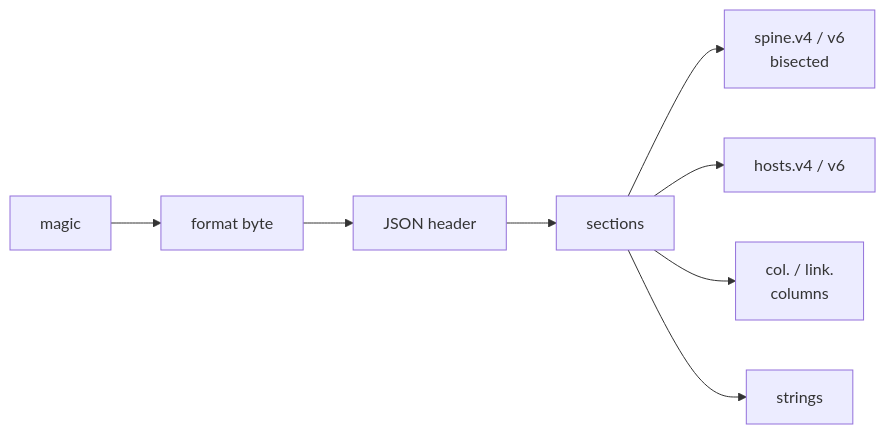
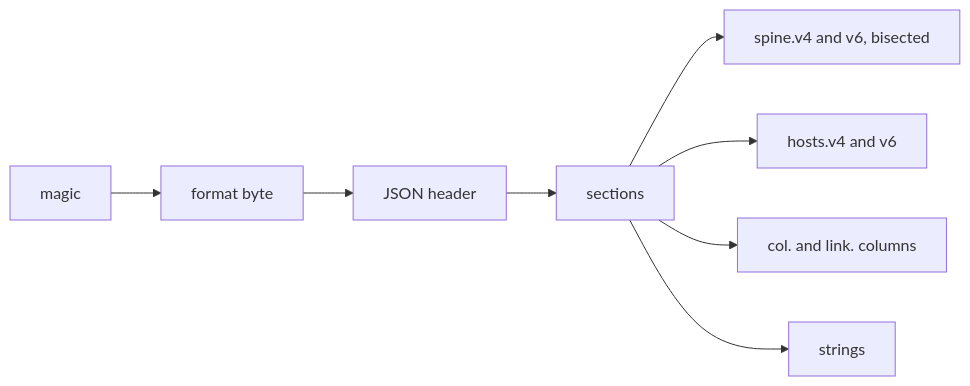
One commit to tn3w/plevin changed the fifth of 6 diagrams in builder/README.md. Above: the diagram before and after it, drawn with Mermaid. The commit also changed other lines of this file and 1 other file, not shown here.

Commit message:
Improve README mermaid diagram formatting for clarity

````diff
--- a/builder/README.md
+++ b/builder/README.md
@@ -195,8 +195,8 @@
 ```mermaid
 flowchart LR
     M[magic] --> V[format byte] --> H[JSON header] --> S[sections]
-    S --> A["spine.v4 / v6<br>bisected"]
-    S --> O["hosts.v4 / v6"]
-    S --> C["col. / link.<br>columns"]
+    S --> A["spine.v4 and v6, bisected"]
+    S --> O["hosts.v4 and v6"]
+    S --> C["col. and link. columns"]
     S --> T[strings]
 ```
````
